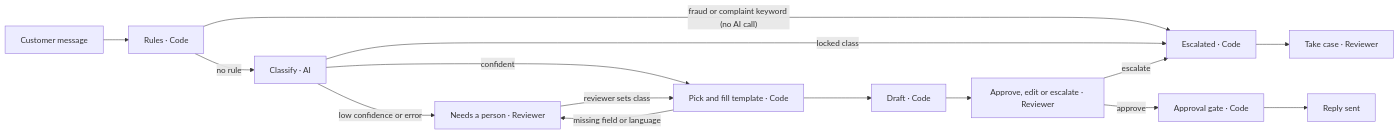
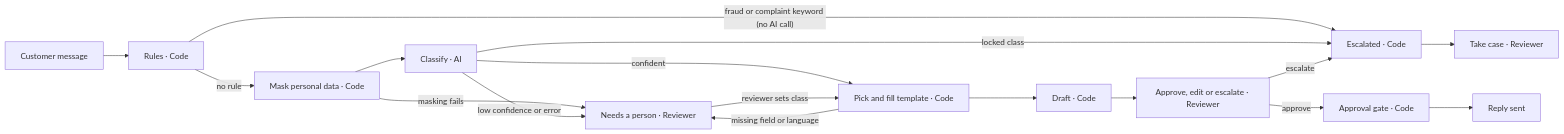
Before and after one commit to azizmdj/ai_support_agent: the diagram in README.md, drawn with Mermaid. The commit also changed other lines of this file and 1 other file, not shown here.

````diff
--- a/README.md
+++ b/README.md
@@ -5,16 +5,17 @@
 ```mermaid
 flowchart LR
   M[Customer message] --> R["Rules · Code"]
   R -- "fraud or complaint keyword (no AI call)" --> E["Escalated · Code"]
-  R -- no rule --> C["Classify · AI"]
+  R -- no rule --> P["Mask personal data · Code"] --> C["Classify · AI"]
+  P -- masking fails --> N["Needs a person · Reviewer"]
   C -- locked class --> E
-  C -- "low confidence or error" --> N["Needs a person · Reviewer"]
+  C -- "low confidence or error" --> N
   C -- confident --> T["Pick and fill template · Code"]
   N -- reviewer sets class --> T
   T -- "missing field or language" --> N
   T --> D["Draft · Code"]
   D --> V["Approve, edit or escalate · Reviewer"]
   V -- escalate --> E
   E --> K["Take case · Reviewer"]
   V -- approve --> G["Approval gate · Code"] --> S[Reply sent]
 ```
````
